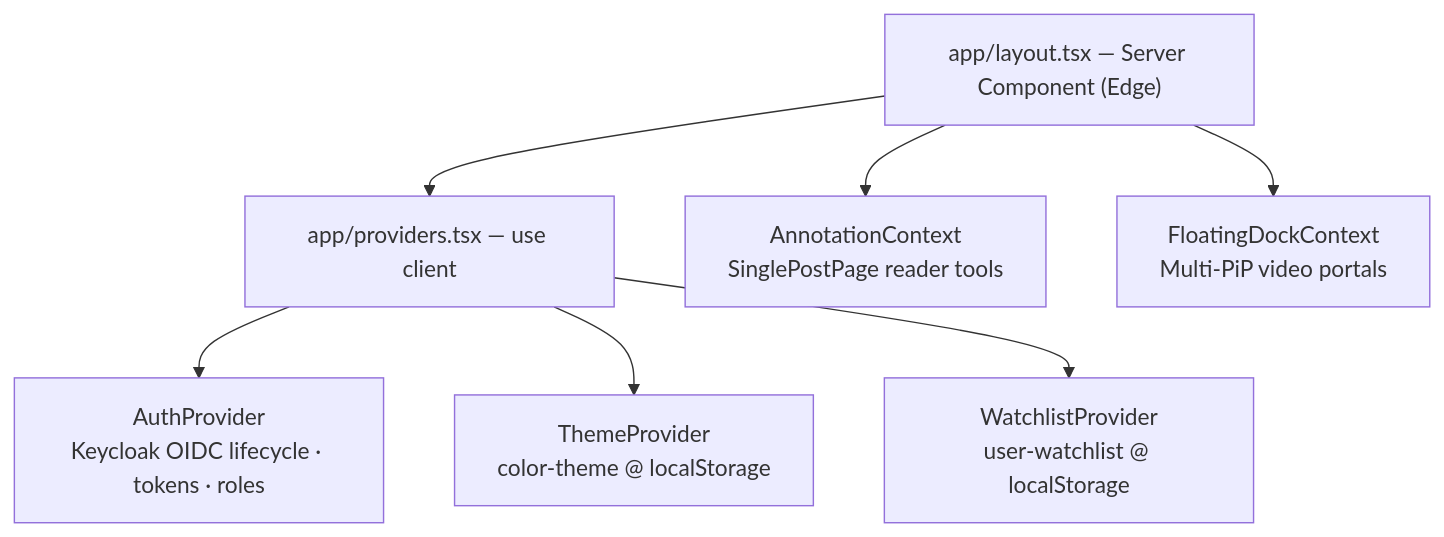
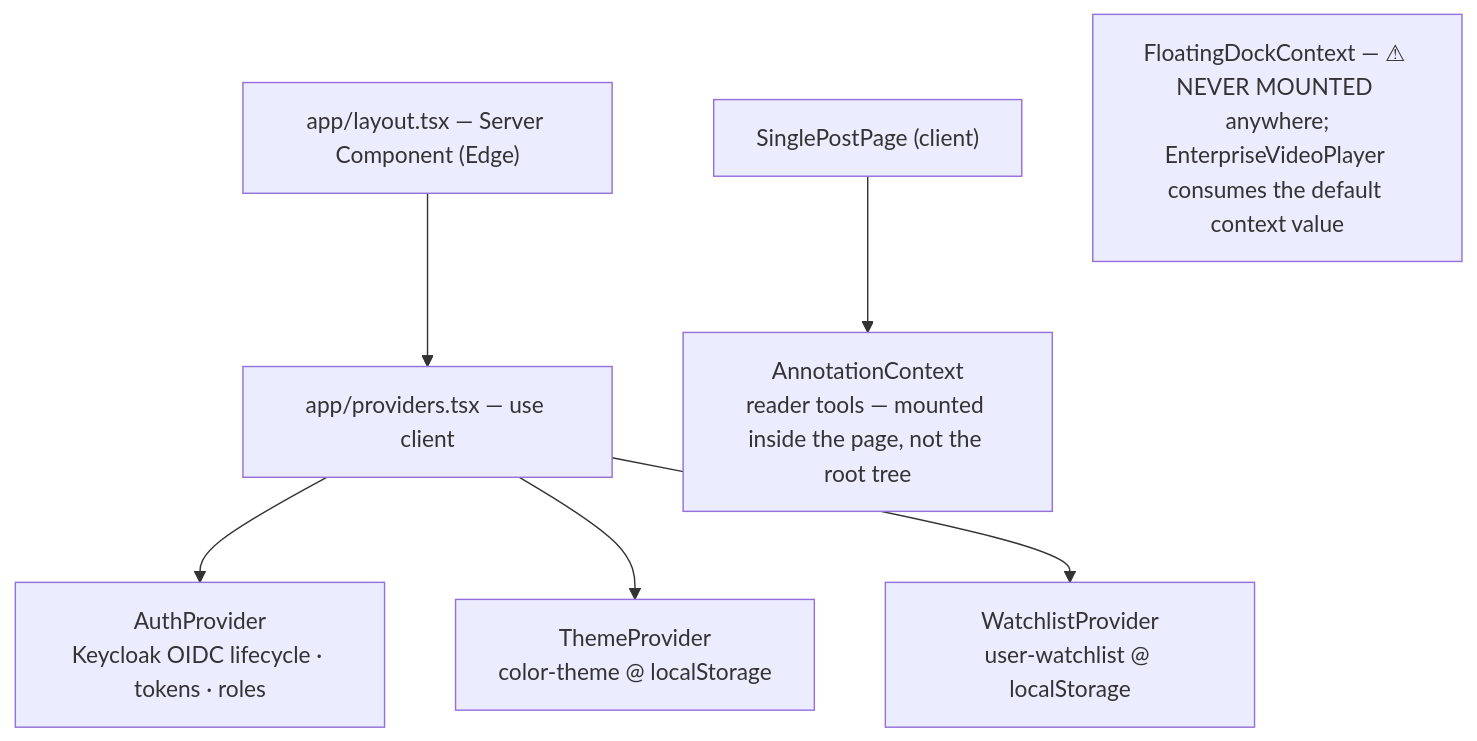
The diagram in docs/FE-03-STATE-AND-DATA.md (callitask/treishvaam-finance-frontend), drawn with Mermaid before and after one commit. The commit also changed other lines of this file and 7 other files, not shown here.

````diff
--- a/docs/FE-03-STATE-AND-DATA.md
+++ b/docs/FE-03-STATE-AND-DATA.md
@@ -20,9 +20,9 @@
 ```mermaid
 flowchart TD
     LAYOUT["app/layout.tsx — Server Component (Edge)"] --> PROVIDERS["app/providers.tsx — use client"]
     PROVIDERS --> AUTH["AuthProvider<br/>Keycloak OIDC lifecycle · tokens · roles"]
     PROVIDERS --> THEME["ThemeProvider<br/>color-theme @ localStorage"]
     PROVIDERS --> WATCH["WatchlistProvider<br/>user-watchlist @ localStorage"]
-    LAYOUT --> ANNOT["AnnotationContext<br/>SinglePostPage reader tools"]
-    LAYOUT --> DOCK["FloatingDockContext<br/>Multi-PiP video portals"]
+    SINGLEPOST["SinglePostPage (client)"] --> ANNOT["AnnotationContext<br/>reader tools — mounted inside the page, not the root tree"]
+    DOCKDEAD["FloatingDockContext — ⚠ NEVER MOUNTED anywhere;<br/>EnterpriseVideoPlayer consumes the default context value"]
 ```
````
